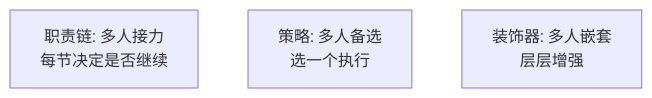
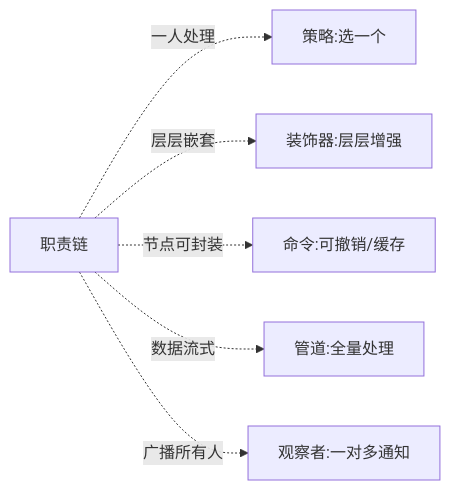
The sixth of 6 diagrams in docs/08.编程/03.巧学设计模式/17.职责链模式设计思想.md (chongyang211/YCBookBlog), drawn with Mermaid before and after one commit. The commit also changed other lines of this file and 13 other files, not shown here.

````diff
--- a/docs/08.编程/03.巧学设计模式/17.职责链模式设计思想.md
+++ b/docs/08.编程/03.巧学设计模式/17.职责链模式设计思想.md
@@ -436,6 +1028,8 @@
 ```mermaid
-flowchart TB
-    C1[职责链: 多人接力<br/>每节决定是否继续]
-    C2[策略: 多人备选<br/>选一个执行]
-    C3[装饰器: 多人嵌套<br/>层层增强]
+flowchart LR
+    Chain[职责链] -.一人处理.-> Strategy[策略:选一个]
+    Chain -.层层嵌套.-> Decorator[装饰器:层层增强]
+    Chain -.节点可封装.-> Command[命令:可撤销/缓存]
+    Chain -.数据流式.-> Pipeline[管道:全量处理]
+    Chain -.广播所有人.-> Observer[观察者:一对多通知]
 ```
````
